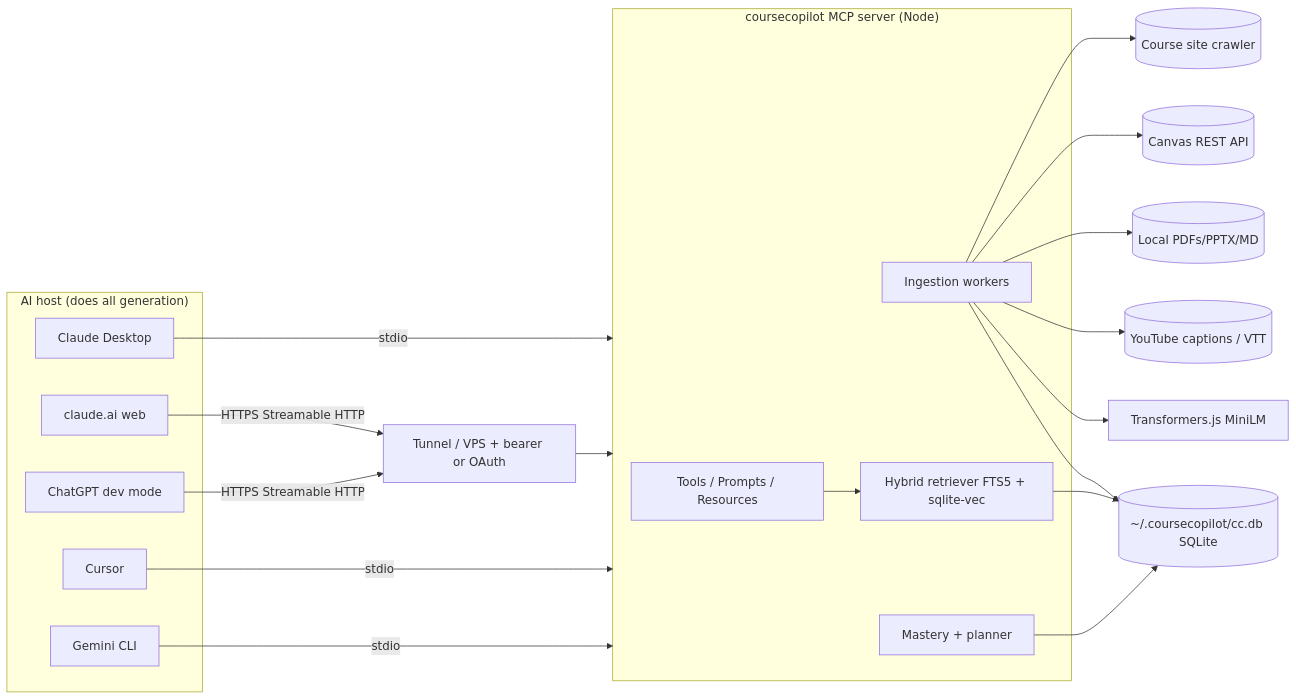
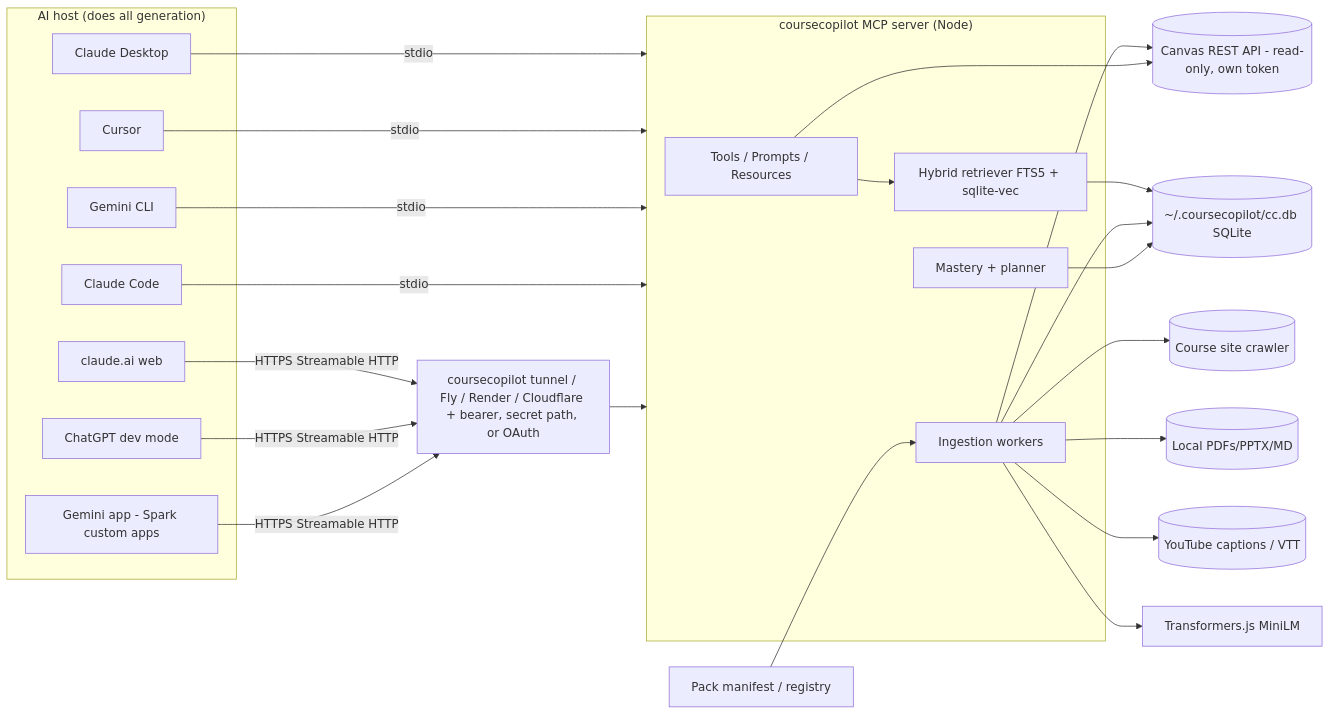
Before and after one commit to Verdent06/coursecopilot: the diagram in docs/SPEC.md, drawn with Mermaid. The commit also changed other lines of this file and 3 other files, not shown here.

````diff
--- a/docs/SPEC.md
+++ b/docs/SPEC.md
@@ -148,33 +170,39 @@
 ```mermaid
 flowchart LR
   subgraph Hosts["AI host (does all generation)"]
     CD[Claude Desktop]
     CW[claude.ai web]
     GPT[ChatGPT dev mode]
     CUR[Cursor]
+    CC[Claude Code]
     GEM[Gemini CLI]
+    GAPP[Gemini app - Spark custom apps]
   end
 
   CD -- stdio --> SRV
   CUR -- stdio --> SRV
   GEM -- stdio --> SRV
-  CW -- HTTPS Streamable HTTP --> TUN[Tunnel / VPS + bearer or OAuth]
+  CC -- stdio --> SRV
+  CW -- HTTPS Streamable HTTP --> TUN[coursecopilot tunnel / Fly / Render / Cloudflare + bearer, secret path, or OAuth]
   GPT -- HTTPS Streamable HTTP --> TUN
+  GAPP -- HTTPS Streamable HTTP --> TUN
   TUN --> SRV
 
   subgraph SRV["coursecopilot MCP server (Node)"]
     TOOLS[Tools / Prompts / Resources]
     ING[Ingestion workers]
     RET[Hybrid retriever FTS5 + sqlite-vec]
     LEARN[Mastery + planner]
   end
 
   ING --> WEB[(Course site crawler)]
-  ING --> CAN[(Canvas REST API)]
+  PACK[Pack manifest / registry] --> ING
+  ING --> CAN[(Canvas REST API - read-only, own token)]
+  TOOLS --> CAN
   ING --> FILES[(Local PDFs/PPTX/MD)]
   ING --> YT[(YouTube captions / VTT)]
   ING --> EMB[Transformers.js MiniLM]
   TOOLS --> RET --> DB[(~/.coursecopilot/cc.db SQLite)]
   ING --> DB
   LEARN --> DB
 ```
````
